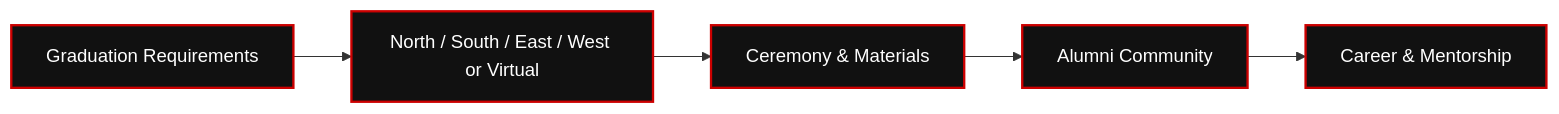
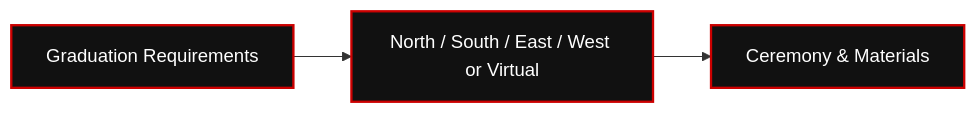
The first of 2 diagrams in RIAH-PATHWAY-WEBSITE-WIREFRAMES-STRUCTURE/11. ADMISSIONS/11.6-GRADUATION-AND-ALUMNI-WIREFRAME.md (RIAHPathway/Website-Draft), drawn with Mermaid before and after one commit. The commit also changed other lines of this file, not shown here.

Commit message:
RIAH Pathway.

````diff
--- a/RIAH-PATHWAY-WEBSITE-WIREFRAMES-STRUCTURE/11. ADMISSIONS/11.6-GRADUATION-AND-ALUMNI-WIREFRAME.md
+++ b/RIAH-PATHWAY-WEBSITE-WIREFRAMES-STRUCTURE/11. ADMISSIONS/11.6-GRADUATION-AND-ALUMNI-WIREFRAME.md
@@ -166,14 +12,10 @@
 ```mermaid
 flowchart LR
     N0["Graduation Requirements"]
     N1["North / South / East / West or Virtual"]
     N2["Ceremony & Materials"]
-    N3["Alumni Community"]
-    N4["Career & Mentorship"]
     N0 --> N1
     N1 --> N2
-    N2 --> N3
-    N3 --> N4
     classDef riah fill:#111111,stroke:#CC0000,color:#FFFFFF,stroke-width:2px;
-    class N0,N1,N2,N3,N4 riah;
+    class N0,N1,N2 riah;
 ```
````
